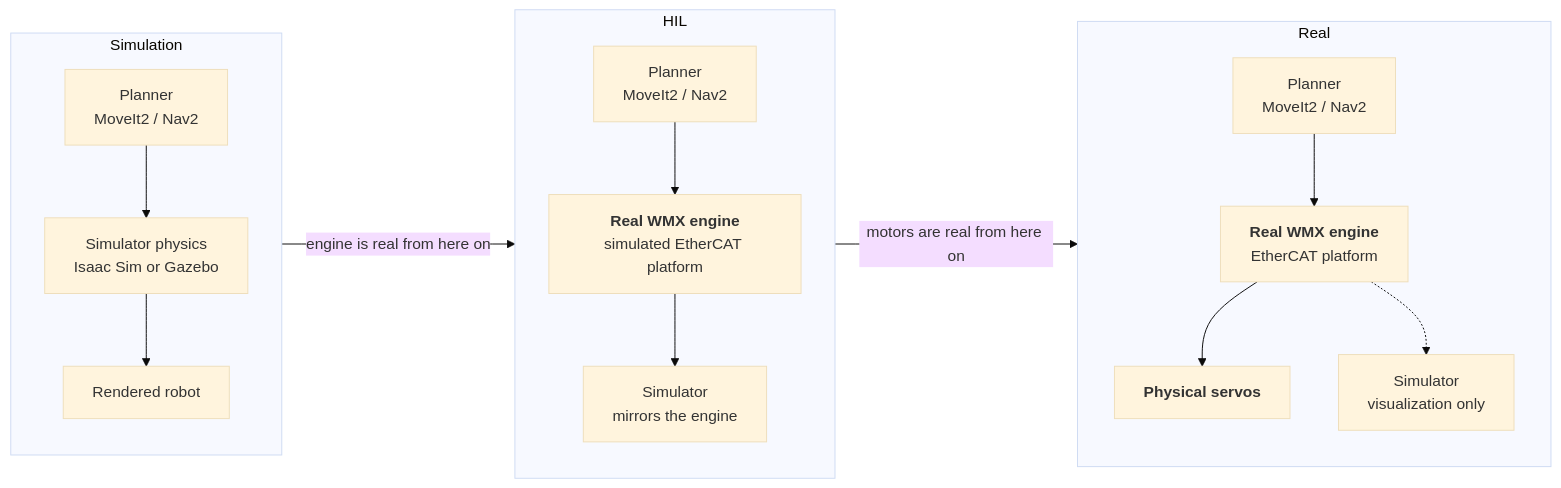
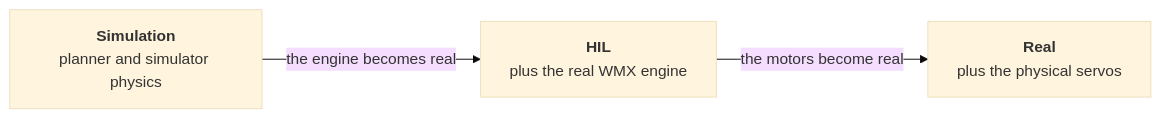
The diagram in doc/examples/examples.rst (movensys/wmx-ros2-doc), drawn with Mermaid (base theme) before and after one commit. The commit also changed 3 other files, not shown here.

```diff
--- a/doc/examples/examples.rst
+++ b/doc/examples/examples.rst
@@ -18,24 +18,8 @@
 .. mermaid::
-   :caption: What is real in each execution mode
+   :caption: Each mode makes one more layer real
 
    flowchart LR
-       subgraph S["Simulation"]
-           direction TB
-           S1["Planner<br/>MoveIt2 / Nav2"] --> S2["Simulator physics<br/>Isaac Sim or Gazebo"]
-           S2 --> S3["Rendered robot"]
-       end
-
-       subgraph H["HIL"]
-           direction TB
-           H1["Planner<br/>MoveIt2 / Nav2"] --> H2["<b>Real WMX engine</b><br/>simulated EtherCAT platform"]
-           H2 --> H3["Simulator<br/>mirrors the engine"]
-       end
-
-       subgraph R["Real"]
-           direction TB
-           R1["Planner<br/>MoveIt2 / Nav2"] --> R2["<b>Real WMX engine</b><br/>EtherCAT platform"]
-           R2 --> R3["<b>Physical servos</b>"]
-           R2 -.-> R4["Simulator<br/>visualization only"]
-       end
-
-       S -->|"engine is real from here on"| H -->|"motors are real from here on"| R
+       S["<b>Simulation</b><br/>planner and simulator physics"]
+       H["<b>HIL</b><br/>plus the real WMX engine"]
+       R["<b>Real</b><br/>plus the physical servos"]
+       S -->|"the engine becomes real"| H -->|"the motors become real"| R
```
